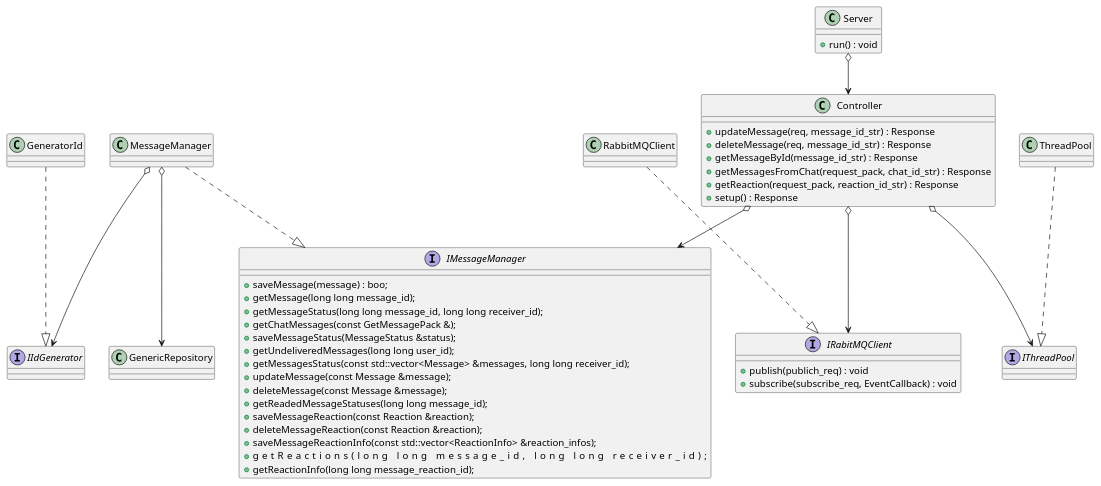
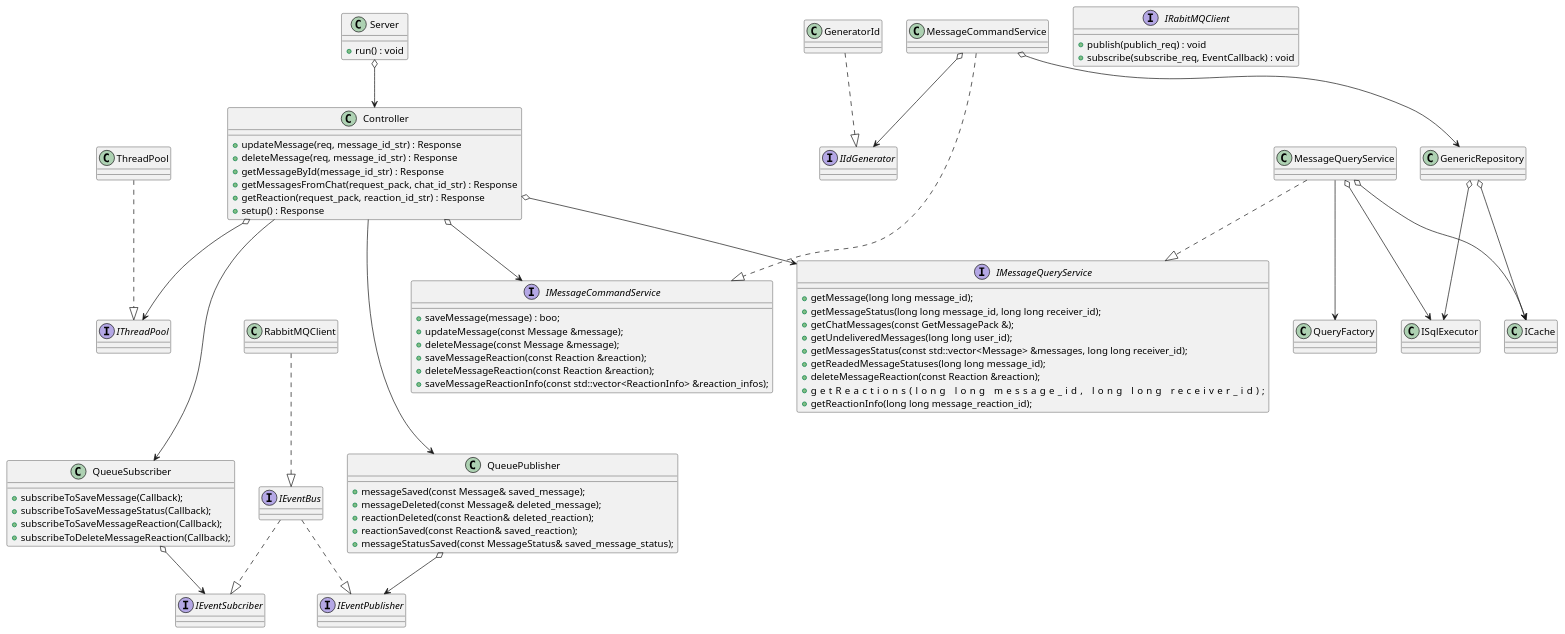
The diagram in architecture/services/messageservice.puml (Roma3214185/Messanger), drawn with PlantUML before and after one commit. The commit also changed 1 other file, not shown here.

```diff
--- a/architecture/services/messageservice.puml
+++ b/architecture/services/messageservice.puml
@@ -1,72 +1,112 @@
 @startuml
 
 class Server {
   + run() : void
 }
 
 class Controller {
   + updateMessage(req, message_id_str) : Response
   + deleteMessage(req, message_id_str) : Response
   + getMessageById(message_id_str) : Response
   + getMessagesFromChat(request_pack, chat_id_str) : Response
   + getReaction(request_pack, reaction_id_str) : Response
   + setup() : Response
 }
 
-interface IMessageManager {
+interface IMessageCommandService {
   + saveMessage(message) : boo;
+  + updateMessage(const Message &message);
+  + deleteMessage(const Message &message);
+  + saveMessageReaction(const Reaction &reaction);
+  + deleteMessageReaction(const Reaction &reaction);
+  + saveMessageReactionInfo(const std::vector<ReactionInfo> &reaction_infos);
+}
+
+interface IMessageQueryService {
   + getMessage(long long message_id);
   + getMessageStatus(long long message_id, long long receiver_id);
   + getChatMessages(const GetMessagePack &);
-  + saveMessageStatus(MessageStatus &status);
   + getUndeliveredMessages(long long user_id);
   + getMessagesStatus(const std::vector<Message> &messages, long long receiver_id);
-  + updateMessage(const Message &message);
-  + deleteMessage(const Message &message);
   + getReadedMessageStatuses(long long message_id);
-  + saveMessageReaction(const Reaction &reaction);
   + deleteMessageReaction(const Reaction &reaction);
-  + saveMessageReactionInfo(const std::vector<ReactionInfo> &reaction_infos);
   + getReactions(long long message_id,                                                                            long long receiver_id);
   + getReactionInfo(long long message_reaction_id);
 }
 
 
 interface IRabitMQClient {
   + publish(publich_req) : void
   + subscribe(subscribe_req, EventCallback) : void
 }
 
 class RabbitMQClient {
 
 }
 
 interface IThreadPool {
 }
 
 class ThreadPool {
 }
 
 interface IIdGenerator {
 
 }
 
-RabbitMQClient ..|> IRabitMQClient
+interface IEventPublisher
+interface IEventSubcriber
+
+class QueuePublisher {
+  + messageSaved(const Message& saved_message);
+  + messageDeleted(const Message& deleted_message);
+  + reactionDeleted(const Reaction& deleted_reaction);
+  + reactionSaved(const Reaction& saved_reaction);
+  + messageStatusSaved(const MessageStatus& saved_message_status);
+}
+
+class QueueSubscriber {
+  + subscribeToSaveMessage(Callback);
+  + subscribeToSaveMessageStatus(Callback);
+  + subscribeToSaveMessageReaction(Callback);
+  + subscribeToDeleteMessageReaction(Callback);
+}
+
+interface IEventBus
+
+RabbitMQClient ..|> IEventBus
 
 Server o--> Controller
 
-Controller o--> IRabitMQClient
+IEventBus ..|> IEventPublisher
+IEventBus ..|> IEventSubcriber
+
+QueuePublisher o--> IEventPublisher
+QueueSubscriber o--> IEventSubcriber
+
+Controller ---> QueuePublisher
+Controller ---> QueueSubscriber
 Controller o--> IThreadPool
-Controller o--> IMessageManager
+Controller o--> IMessageCommandService
+Controller o--> IMessageQueryService
 
-MessageManager ..|> IMessageManager
-MessageManager o--> GenericRepository
-MessageManager o--> IIdGenerator
+
+MessageCommandService ..|> IMessageCommandService
+MessageCommandService o--> GenericRepository
+MessageCommandService o--> IIdGenerator
+
+MessageQueryService ..|> IMessageQueryService
+MessageQueryService o--> ISqlExecutor
+MessageQueryService o--> ICache
+MessageQueryService --> QueryFactory
+
+GenericRepository o--> ISqlExecutor
+GenericRepository o--> ICache
 
 GeneratorId ..|> IIdGenerator
 
 ThreadPool ..|> IThreadPool
 
 
 
 @enduml
```
